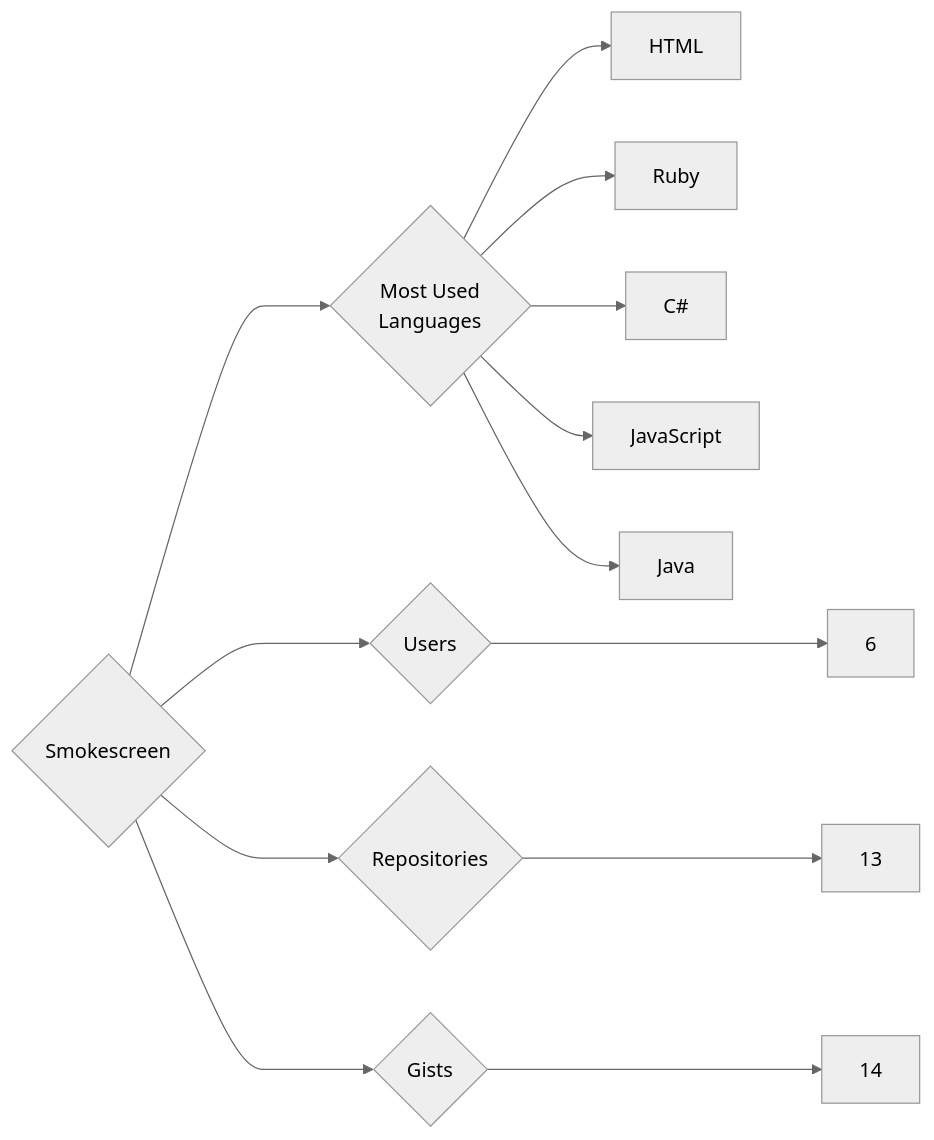
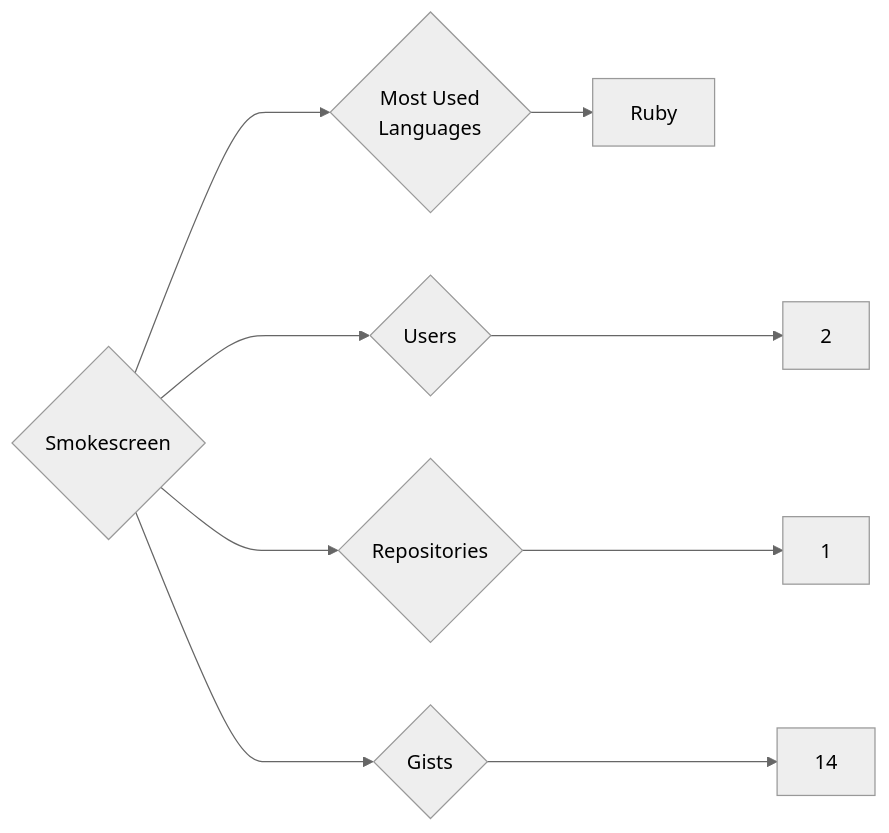
One commit to trickest/insiders changed the diagram in targets/Smokescreen/README.md. Above: the diagram before and after it, drawn with Mermaid (neutral theme). The commit also changed 1011 other files, not shown here.

````diff
--- a/targets/Smokescreen/README.md
+++ b/targets/Smokescreen/README.md
@@ -3,13 +3,9 @@
 ```mermaid
 graph LR
 COMPANY_NAME{Smokescreen}
-COMPANY_NAME ---> U{Users} ---> UN[6]
-COMPANY_NAME ---> R{Repositories} ---> RN[13]
+COMPANY_NAME ---> U{Users} ---> UN[2]
+COMPANY_NAME ---> R{Repositories} ---> RN[1]
 COMPANY_NAME ---> G{Gists} ---> GN[14]
 COMPANY_NAME ---> ML{Most Used<br>Languages}
-ML --> HTML[HTML]
 ML --> Ruby[Ruby]
-ML --> C#[C#]
-ML --> JavaScript[JavaScript]
-ML --> Java[Java]
 ```
````
